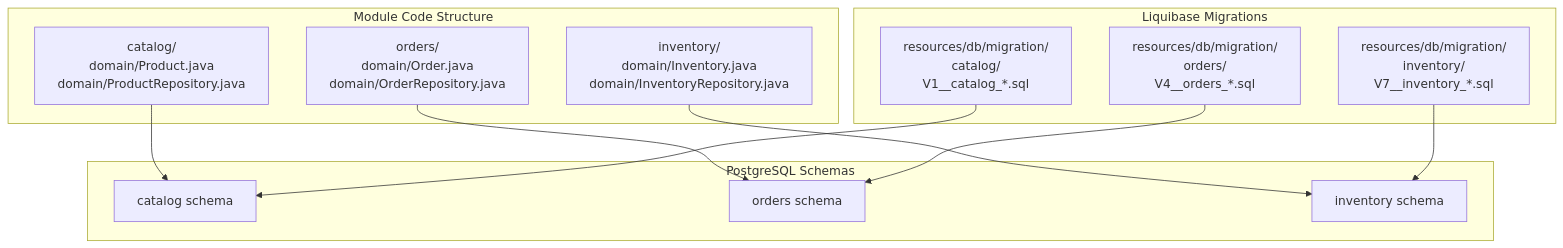
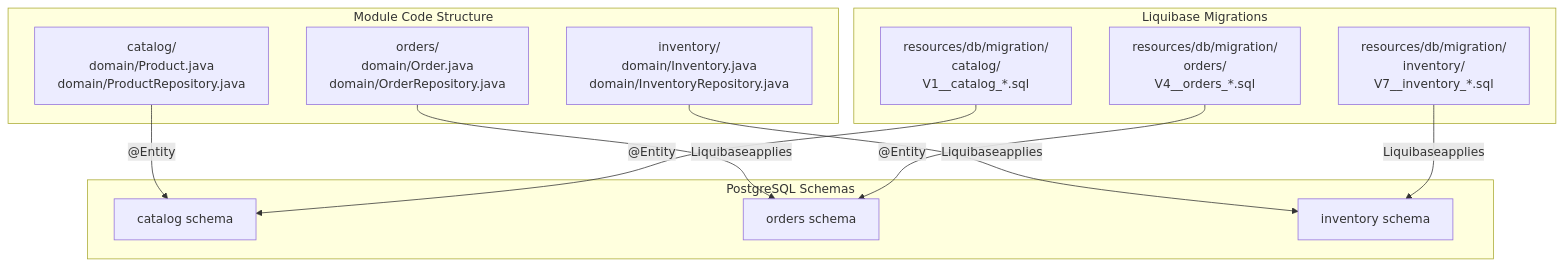
The second of 6 diagrams in docs/deepwiki/Database-Schema-Organization.md (philipz/spring-modular-monolith), drawn with Mermaid before and after one commit. The commit also changed other lines of this file and 55 other files, not shown here.

````diff
--- a/docs/deepwiki/Database-Schema-Organization.md
+++ b/docs/deepwiki/Database-Schema-Organization.md
@@ -79,38 +79,38 @@
 ```mermaid
 flowchart TD
 
 CatalogMod["catalog/<br>domain/Product.java<br>domain/ProductRepository.java"]
 OrdersMod["orders/<br>domain/Order.java<br>domain/OrderRepository.java"]
 InventoryMod["inventory/<br>domain/Inventory.java<br>domain/InventoryRepository.java"]
 CatalogChangelog["resources/db/migration/<br>catalog/<br>V1__catalog_*.sql"]
 OrdersChangelog["resources/db/migration/<br>orders/<br>V4__orders_*.sql"]
 InventoryChangelog["resources/db/migration/<br>inventory/<br>V7__inventory_*.sql"]
 CatalogDB["catalog schema"]
 OrdersDB["orders schema"]
 InventoryDB["inventory schema"]
 
-CatalogMod --> CatalogDB
-OrdersMod --> OrdersDB
-InventoryMod --> InventoryDB
-CatalogChangelog --> CatalogDB
-OrdersChangelog --> OrdersDB
-InventoryChangelog --> InventoryDB
+CatalogMod -->|"@Entity"| CatalogDB
+OrdersMod -->|"Liquibaseapplies"| OrdersDB
+InventoryMod -->|"Liquibaseapplies"| InventoryDB
+CatalogChangelog -->|"@Entity"| CatalogDB
+OrdersChangelog -->|"@Entity"| OrdersDB
+InventoryChangelog -->|"Liquibaseapplies"| InventoryDB
 
 subgraph subGraph2 ["PostgreSQL Schemas"]
     CatalogDB
     OrdersDB
     InventoryDB
 end
 
 subgraph subGraph1 ["Liquibase Migrations"]
     CatalogChangelog
     OrdersChangelog
     InventoryChangelog
 end
 
 subgraph subGraph0 ["Module Code Structure"]
     CatalogMod
     OrdersMod
     InventoryMod
 end
 ```
````
